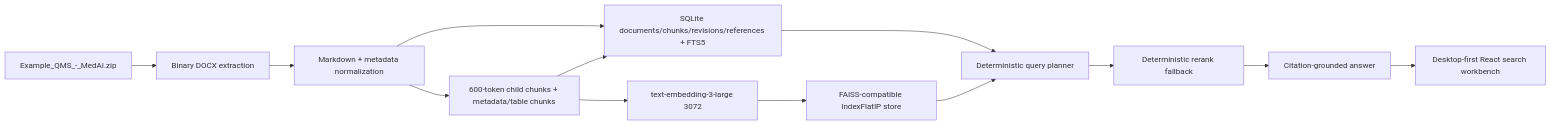
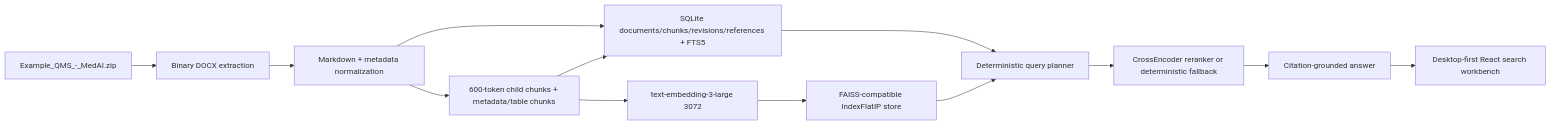
One commit to andrewsohrabi/simple-agent-public changed the diagram in README.md. Above: the diagram before and after it, drawn with Mermaid. The commit also changed other lines of this file and 24 other files, not shown here.

````diff
--- a/README.md
+++ b/README.md
@@ -102,15 +102,15 @@
 ```mermaid
 flowchart LR
     Zip["Example_QMS_-_MedAI.zip"] --> Extract["Binary DOCX extraction"]
     Extract --> Normalize["Markdown + metadata normalization"]
     Normalize --> Chunk["600-token child chunks + metadata/table chunks"]
     Normalize --> SQLite["SQLite documents/chunks/revisions/references + FTS5"]
     Chunk --> Embed["text-embedding-3-large 3072"]
     Chunk --> SQLite
     Embed --> Vector["FAISS-compatible IndexFlatIP store"]
     SQLite --> Search["Deterministic query planner"]
     Vector --> Search
-    Search --> Rerank["Deterministic rerank fallback"]
+    Search --> Rerank["CrossEncoder reranker or deterministic fallback"]
     Rerank --> Answer["Citation-grounded answer"]
     Answer --> UI["Desktop-first React search workbench"]
 ```
````
